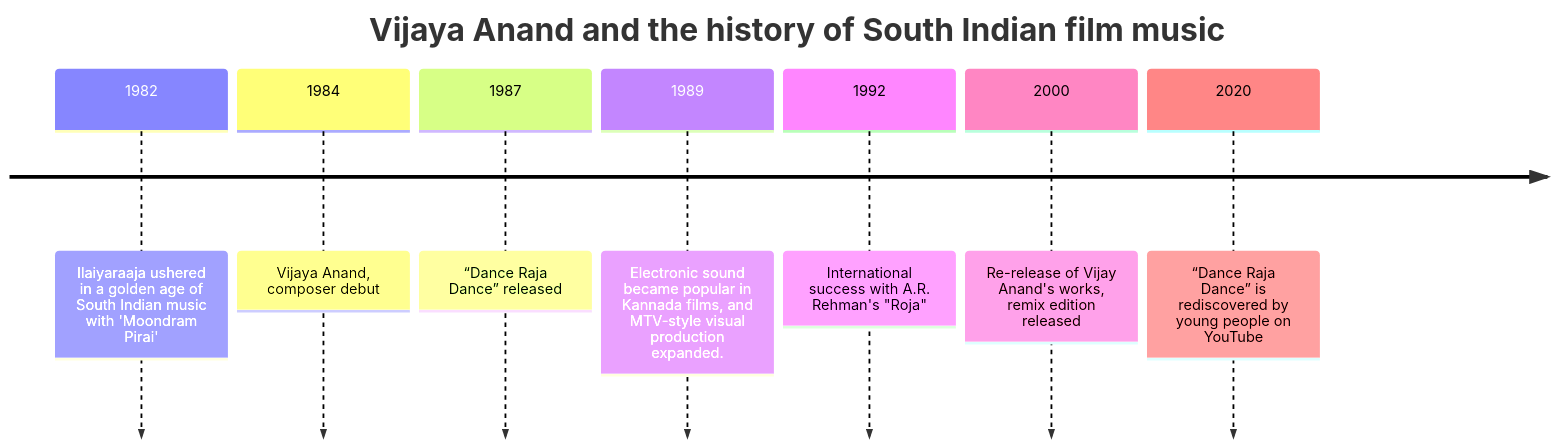
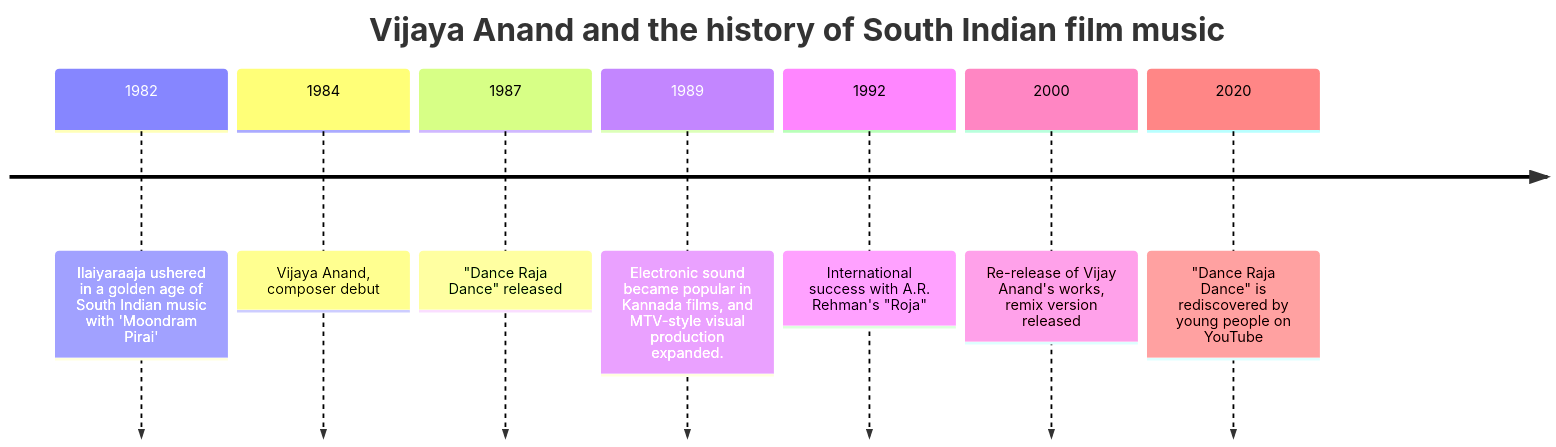
The diagram in en/_posts/2025-11-02-column-dance-raja-dance.md (monumental-movement/monumental-movement.github.io), drawn with Mermaid before and after one commit. The commit also changed other lines of this file and 1697 other files, not shown here.

```diff
--- a/en/_posts/2025-11-02-column-dance-raja-dance.md
+++ b/en/_posts/2025-11-02-column-dance-raja-dance.md
@@ -142,13 +143,13 @@
 <div class="mermaid">
 
 timeline
 title Vijaya Anand and the history of South Indian film music
 1982 : Ilaiyaraaja ushered in a golden age of South Indian music with 'Moondram Pirai'
 1984 : Vijaya Anand, composer debut
-1987 : “Dance Raja Dance” released
+1987 : "Dance Raja Dance" released
 1989: Electronic sound became popular in Kannada films, and MTV-style visual production expanded.
 1992: International success with A.R. Rehman's "Roja"
-2000 : Re-release of Vijay Anand's works, remix edition released
-2020: “Dance Raja Dance” is rediscovered by young people on YouTube
+2000 : Re-release of Vijay Anand's works, remix version released
+2020: "Dance Raja Dance" is rediscovered by young people on YouTube
 
 </div>
```
